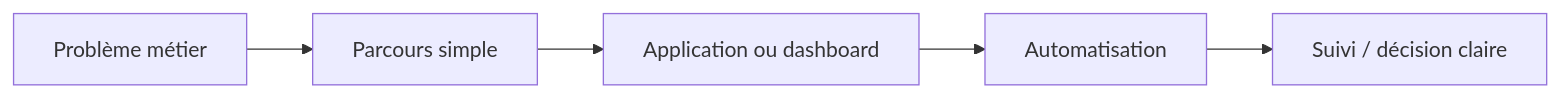
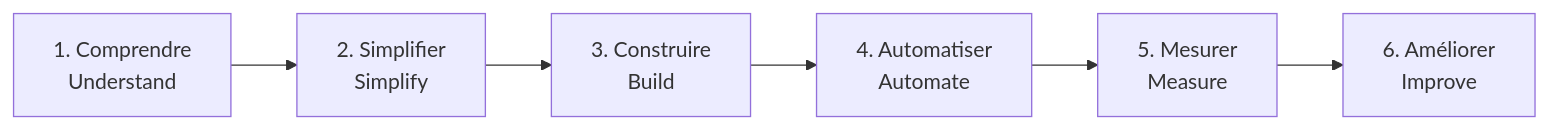
The second of 2 diagrams in README.md (jeffersonkuku/jeffersonkuku), drawn with Mermaid before and after one commit. The commit also changed other lines of this file, not shown here.

````diff
--- a/README.md
+++ b/README.md
@@ -70,7 +114,8 @@
 ```mermaid
 flowchart LR
-    A[Problème métier] --> B[Parcours simple]
-    B --> C[Application ou dashboard]
-    C --> D[Automatisation]
-    D --> E[Suivi / décision claire]
+    A[1. Comprendre<br/>Understand] --> B[2. Simplifier<br/>Simplify]
+    B --> C[3. Construire<br/>Build]
+    C --> D[4. Automatiser<br/>Automate]
+    D --> E[5. Mesurer<br/>Measure]
+    E --> F[6. Améliorer<br/>Improve]
 ```
````
